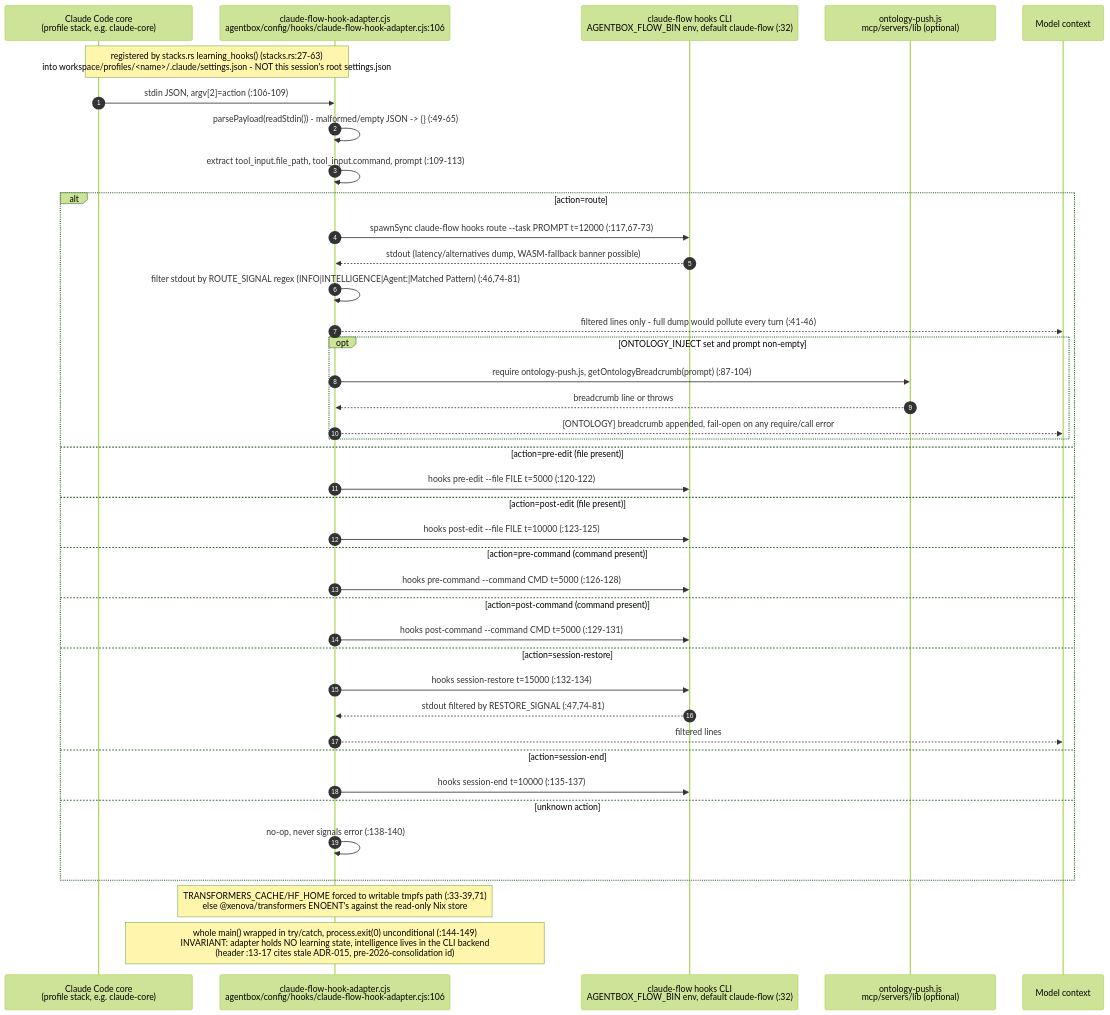
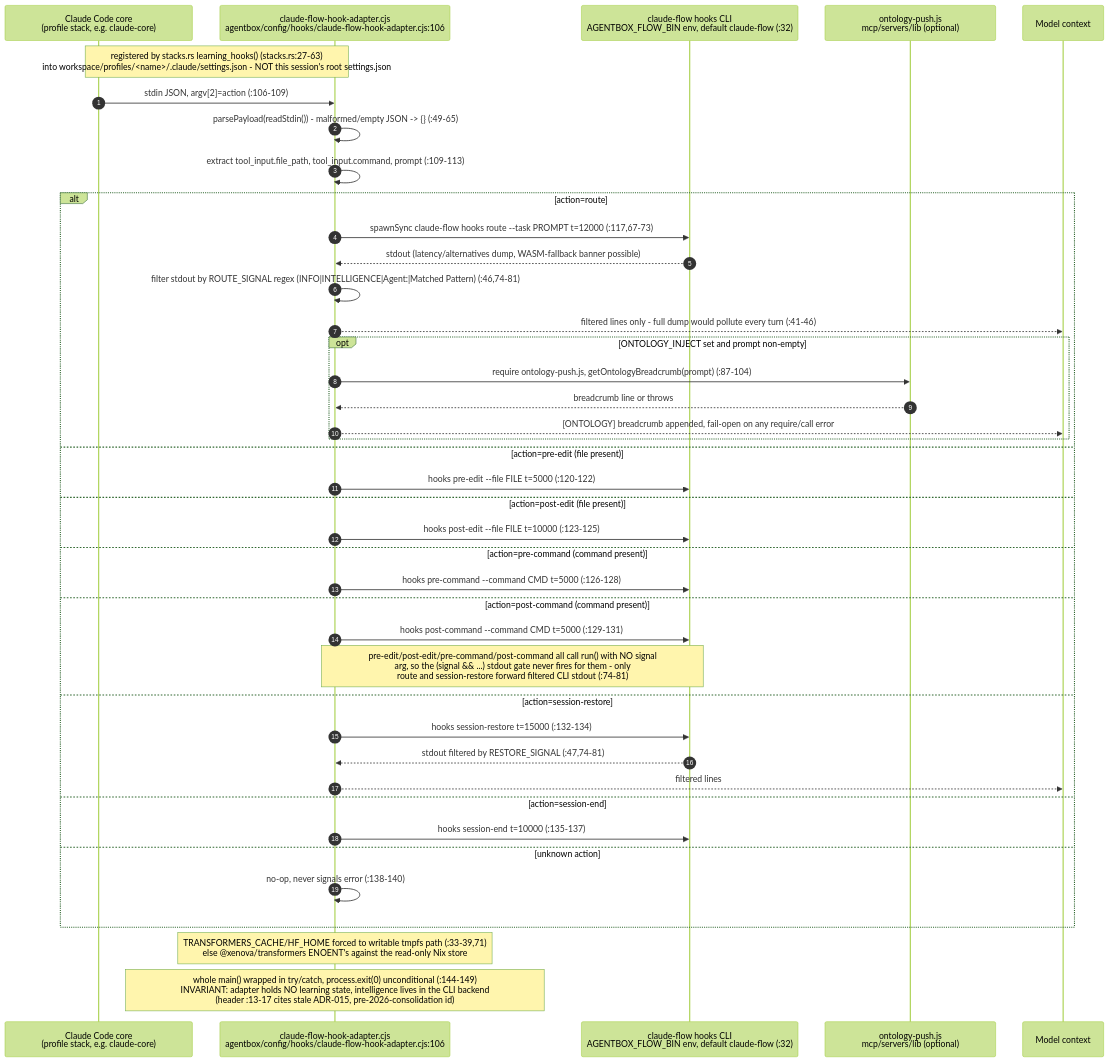
Before and after one commit to DreamLab-AI/VisionFlow: the sixth of 12 diagrams in docs/diagrams/agentbox/08-hooks-pipeline.md, drawn with Mermaid (forest theme). The commit also changed other lines of this file and 136 other files, not shown here.

First line of the commit message:
docs(diagrams): refresh the whole corpus to code HEAD and prune low-value diagrams

````diff
--- a/docs/diagrams/agentbox/08-hooks-pipeline.md
+++ b/docs/diagrams/agentbox/08-hooks-pipeline.md
@@ -279,43 +234,44 @@
 ```mermaid
 sequenceDiagram
     autonumber
     participant CC as Claude Code core<br/>#40;profile stack, e.g. claude-core#41;
     participant AD as claude-flow-hook-adapter.cjs<br/>agentbox/config/hooks/claude-flow-hook-adapter.cjs:106
     participant CLI as claude-flow hooks CLI<br/>AGENTBOX_FLOW_BIN env, default claude-flow (:32)
     participant OP as ontology-push.js<br/>mcp/servers/lib #40;optional#41;
     participant M as Model context
 
     Note over CC,AD: registered by stacks.rs learning_hooks#40;#41; #40;stacks.rs:27-63#41;<br/>into workspace/profiles/#60;name#62;/.claude/settings.json - NOT this session's root settings.json
     CC->>AD: stdin JSON, argv[2]=action (:106-109)
     AD->>AD: parsePayload#40;readStdin#40;#41;#41; - malformed/empty JSON -#62; #123;#125; (:49-65)
     AD->>AD: extract tool_input.file_path, tool_input.command, prompt (:109-113)
     alt action=route
         AD->>CLI: spawnSync claude-flow hooks route --task PROMPT t=12000 (:117,67-73)
         CLI-->>AD: stdout #40;latency/alternatives dump, WASM-fallback banner possible#41;
         AD->>AD: filter stdout by ROUTE_SIGNAL regex #40;INFO#124;INTELLIGENCE#124;Agent:#124;Matched Pattern#41; (:46,74-81)
         AD-->>M: filtered lines only - full dump would pollute every turn (:41-46)
         opt ONTOLOGY_INJECT set and prompt non-empty
             AD->>OP: require ontology-push.js, getOntologyBreadcrumb#40;prompt#41; (:87-104)
             OP-->>AD: breadcrumb line or throws
             AD-->>M: #91;ONTOLOGY#93; breadcrumb appended, fail-open on any require/call error
         end
     else action=pre-edit #40;file present#41;
         AD->>CLI: hooks pre-edit --file FILE t=5000 (:120-122)
     else action=post-edit #40;file present#41;
         AD->>CLI: hooks post-edit --file FILE t=10000 (:123-125)
     else action=pre-command #40;command present#41;
         AD->>CLI: hooks pre-command --command CMD t=5000 (:126-128)
     else action=post-command #40;command present#41;
         AD->>CLI: hooks post-command --command CMD t=5000 (:129-131)
+        Note over AD,CLI: pre-edit/post-edit/pre-command/post-command all call run#40;#41; with NO signal<br/>arg, so the #40;signal && ...#41; stdout gate never fires for them - only<br/>route and session-restore forward filtered CLI stdout (:74-81)
     else action=session-restore
         AD->>CLI: hooks session-restore t=15000 (:132-134)
         CLI-->>AD: stdout filtered by RESTORE_SIGNAL (:47,74-81)
         AD-->>M: filtered lines
     else action=session-end
         AD->>CLI: hooks session-end t=10000 (:135-137)
     else unknown action
         AD->>AD: no-op, never signals error (:138-140)
     end
     Note over AD: TRANSFORMERS_CACHE/HF_HOME forced to writable tmpfs path (:33-39,71)<br/>else @xenova/transformers ENOENT#39;s against the read-only Nix store
     Note over AD: whole main#40;#41; wrapped in try/catch, process.exit#40;0#41; unconditional (:144-149)<br/>INVARIANT: adapter holds NO learning state, intelligence lives in the CLI backend<br/>#40;header :13-17 cites stale ADR-015, pre-2026-consolidation id#41;
 ```
````
